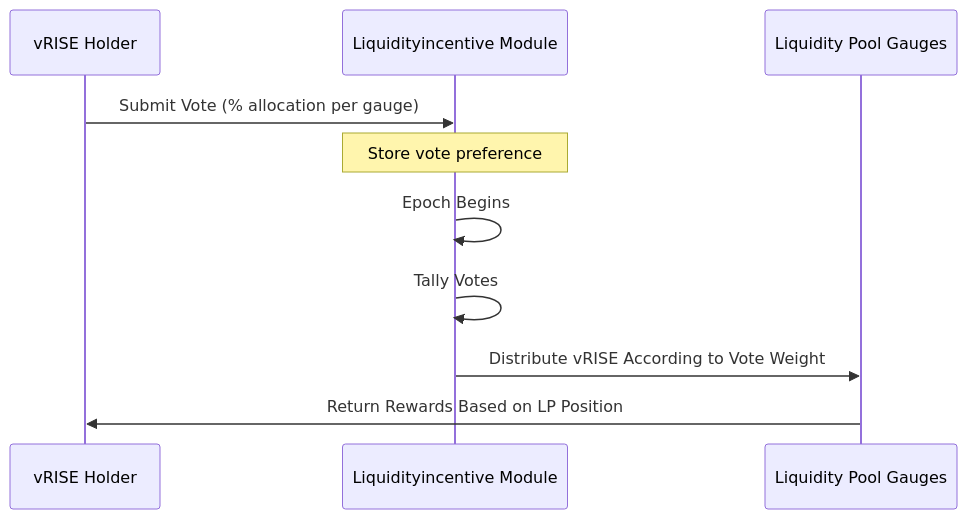
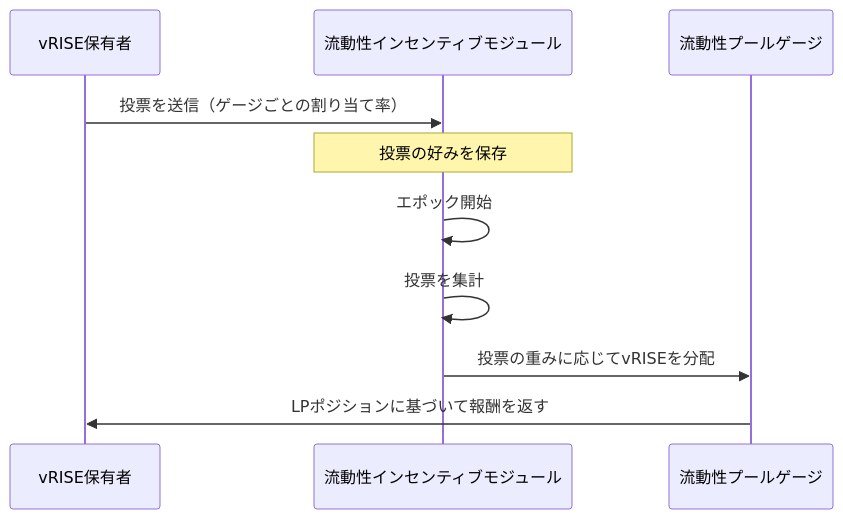
Before and after one commit to sunriselayer/gitbook: the diagram in ja/learn/sunrise/gauges-voting.md, drawn with Mermaid. The commit also changed other lines of this file and 106 other files, not shown here.

````diff
--- a/ja/learn/sunrise/gauges-voting.md
+++ b/ja/learn/sunrise/gauges-voting.md
@@ -28,15 +22,13 @@
 ```mermaid
 sequenceDiagram
-    participant Voter as vRISE Holder
-    participant Module as Liquidityincentive Module
-    participant Gauges as Liquidity Pool Gauges
-    
-    Voter->>Module: Submit Vote (% allocation per gauge)
-    Note over Module: Store vote preference
-    
-    Module->>Module: Epoch Begins
-    Module->>Module: Tally Votes
-    
-    Module->>Gauges: Distribute vRISE According to Vote Weight
-    Gauges->>Voter: Return Rewards Based on LP Position
+  participant Voter as vRISE保有者
+  participant Module as 流動性インセンティブモジュール
+  participant Gauges as 流動性プールゲージ
+
+  Voter->>Module: 投票を送信（ゲージごとの割り当て率）
+  Note over Module: 投票の好みを保存
+  Module->>Module: エポック開始
+  Module->>Module: 投票を集計
+  Module->>Gauges: 投票の重みに応じてvRISEを分配
+  Gauges->>Voter: LPポジションに基づいて報酬を返す
 ```
````
